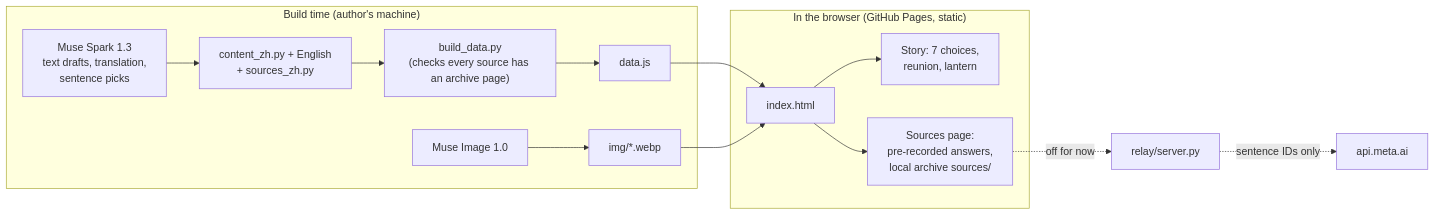
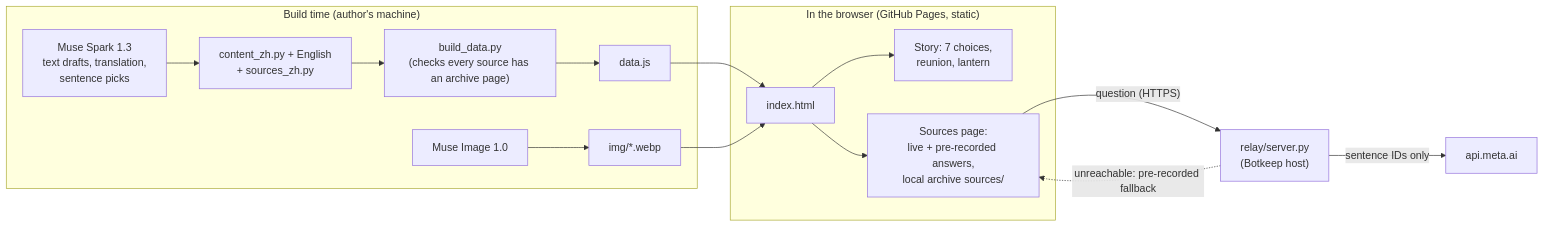
The diagram in README.md (lavenhill/baby-bust), drawn with Mermaid before and after one commit. The commit also changed other lines of this file, not shown here.

Commit message:
live29: README live questions section describes the connected relay and fallback

````diff
--- a/README.md
+++ b/README.md
@@ -48,17 +48,18 @@
 ```mermaid
 flowchart LR
   subgraph build["Build time (author's machine)"]
     spark["Muse Spark 1.3<br/>text drafts, translation,<br/>sentence picks"] --> content["content_zh.py + English<br/>+ sources_zh.py"]
     content --> bd["build_data.py<br/>(checks every source has an archive page)"]
     bd --> data["data.js"]
     image["Muse Image 1.0"] --> img["img/*.webp"]
   end
   subgraph web["In the browser (GitHub Pages, static)"]
     page["index.html"] --> game["Story: 7 choices,<br/>reunion, lantern"]
-    page --> src["Sources page:<br/>pre-recorded answers,<br/>local archive sources/"]
+    page --> src["Sources page:<br/>live + pre-recorded answers,<br/>local archive sources/"]
   end
   data --> page
   img --> page
-  src -.->|off for now| relay["relay/server.py"]
-  relay -.->|sentence IDs only| meta["api.meta.ai"]
+  src -->|"question (HTTPS)"| relay["relay/server.py<br/>(Botkeep host)"]
+  relay -->|"sentence IDs only"| meta["api.meta.ai"]
+  relay -.->|"unreachable: pre-recorded fallback"| src
 ```
````
